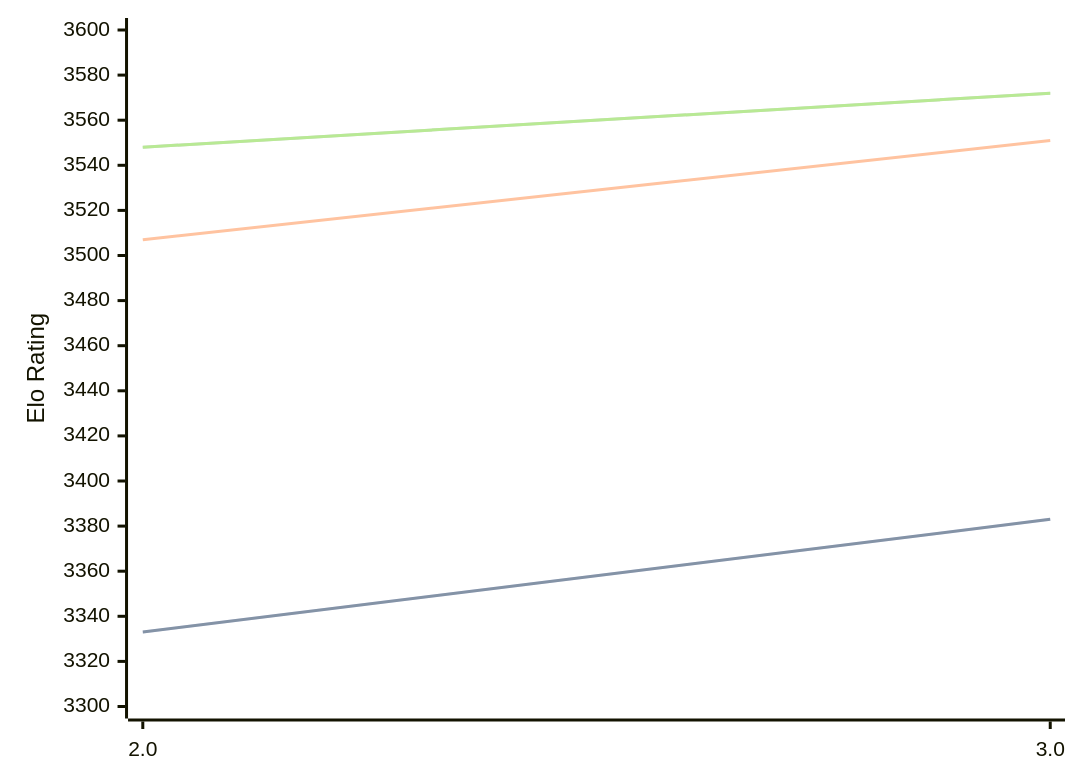
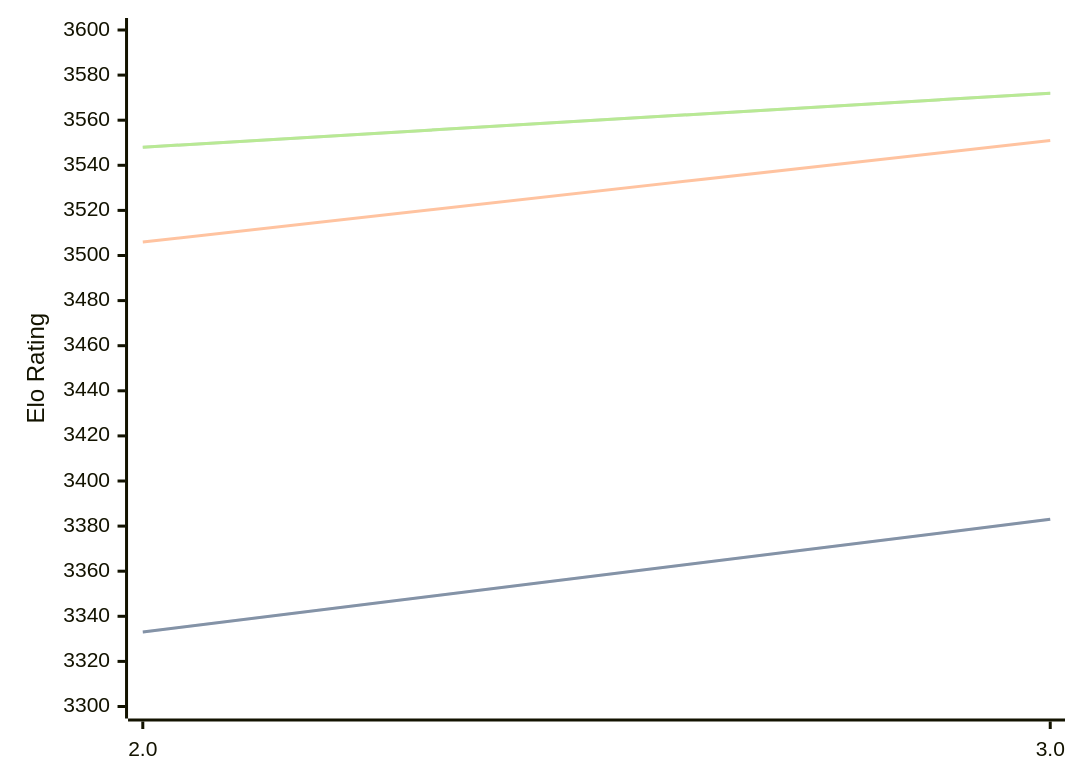
Before and after one commit to computer-chess-index/cci: the diagram in engines/Quanticade.md, drawn with Mermaid. The commit also changed other lines of this file, not shown here.

````diff
--- a/engines/Quanticade.md
+++ b/engines/Quanticade.md
@@ -39,11 +39,11 @@
 ```mermaid
 %%{init: {"theme":"base","themeVariables":{"seriesColors:['#a3a3a3','#222221','#faa371']}}}%%
 xychart-beta
   x-axis ["2.0", "3.0"]
   y-axis "Elo Rating" 3300 --> 3600
   line "STC (8.0+0.08s)" [3333, 3383]
   line "STC (8.0+0.08s)" [3333, 3383]
-  line "LTC (60.0+0.60s)" [3507, 3551]
+  line "LTC (60.0+0.60s)" [3506, 3551]
   line "VLTC (2m24s+1.12s)" [3548, 3572]
   line "VLTC (2m24s+1.12s)" [3548, 3572]
 ```
````
